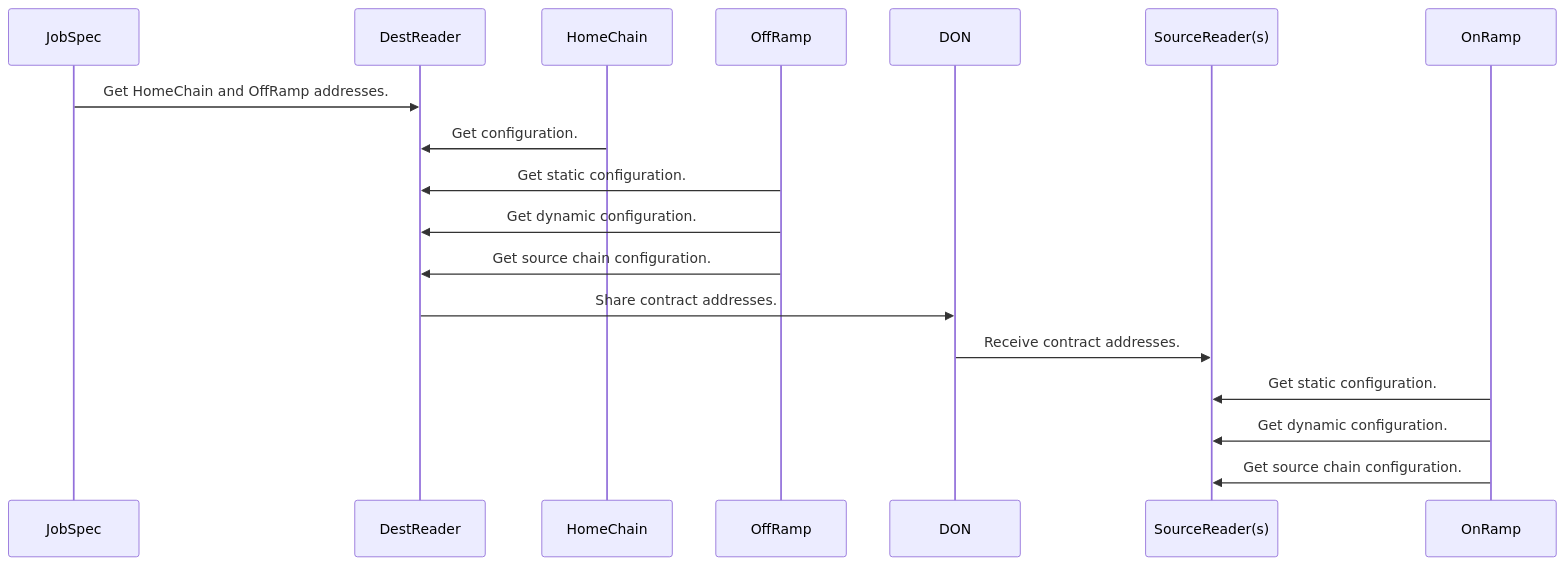
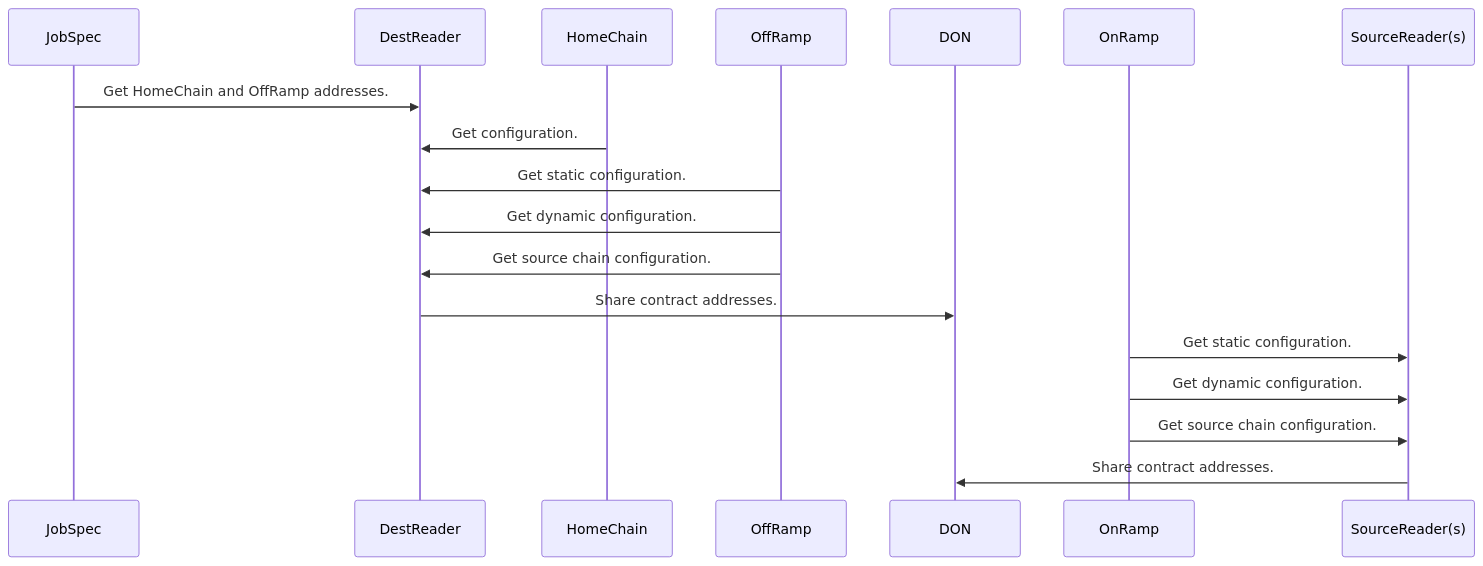
The diagram in docs/configuration.md (smartcontractkit/chainlink-ccip), drawn with Mermaid before and after one commit. The commit also changed other lines of this file, not shown here.

````diff
--- a/docs/configuration.md
+++ b/docs/configuration.md
@@ -125,13 +126,13 @@
 ```mermaid
 sequenceDiagram
 JobSpec ->> DestReader: Get HomeChain and OffRamp addresses.
 HomeChain ->> DestReader: Get configuration.
 OffRamp ->> DestReader: Get static configuration.
 OffRamp ->> DestReader: Get dynamic configuration.
 OffRamp ->> DestReader: Get source chain configuration.
 DestReader ->> DON: Share contract addresses.
-DON ->> SourceReader(s): Receive contract addresses.
 OnRamp ->> SourceReader(s): Get static configuration.
 OnRamp ->> SourceReader(s): Get dynamic configuration.
 OnRamp ->> SourceReader(s): Get source chain configuration.
+SourceReader(s) ->> DON: Share contract addresses.
 ```
````
